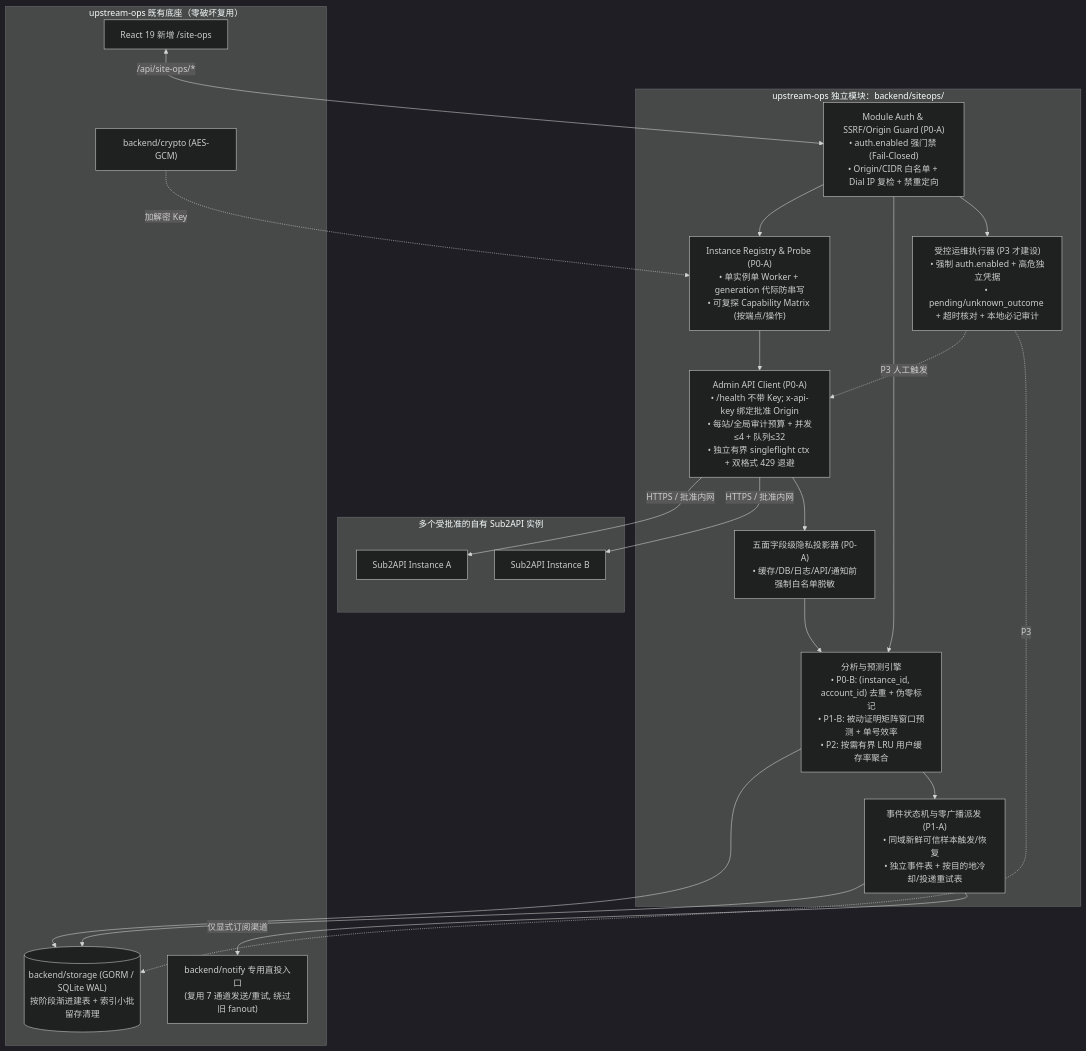
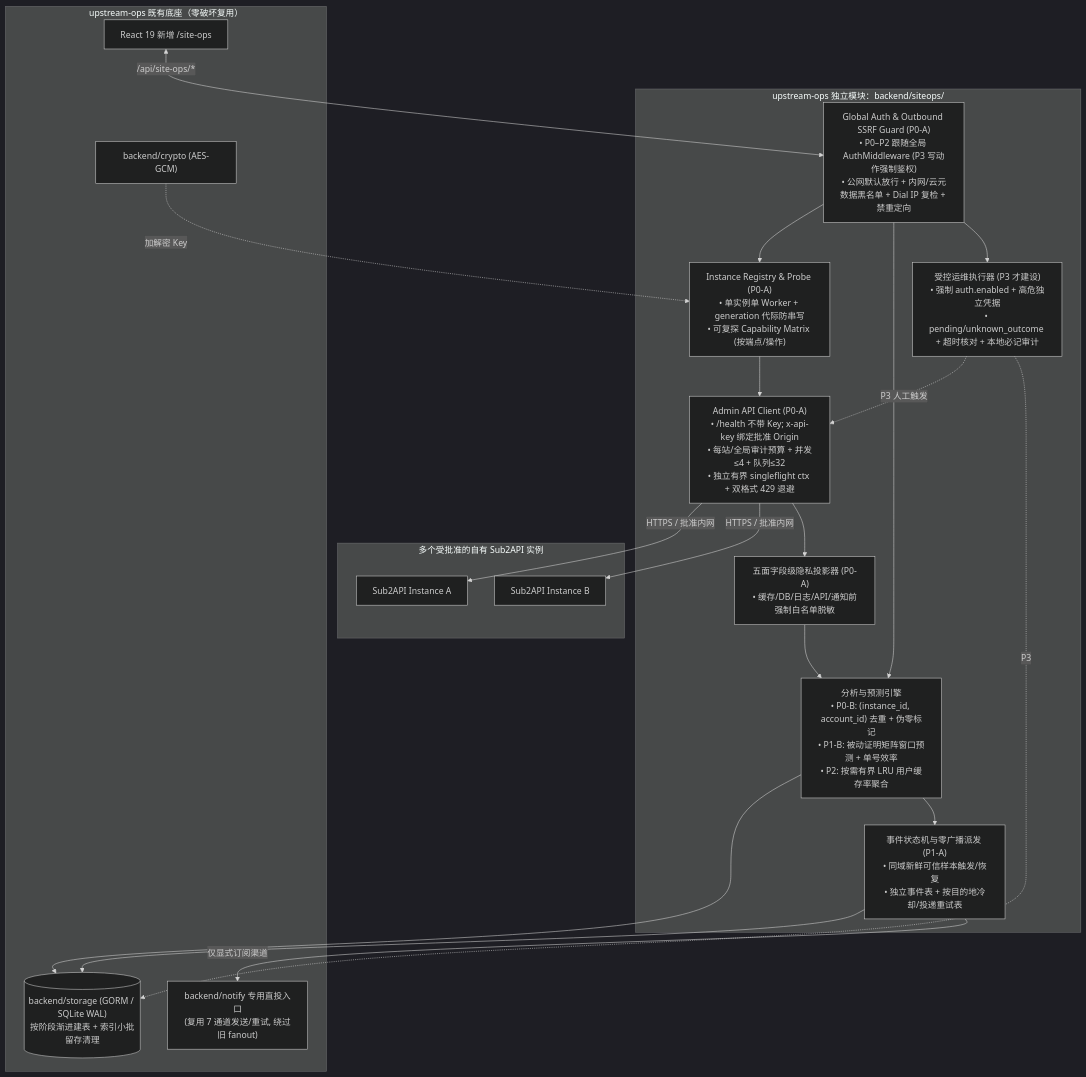
Before and after one commit to weandy/upstream-ops: the diagram in docs/plans/2026-11-24-sub2api-siteops-design.md, drawn with Mermaid (dark theme). The commit also changed other lines of this file and 14 other files, not shown here.

````diff
--- a/docs/plans/2026-11-24-sub2api-siteops-design.md
+++ b/docs/plans/2026-11-24-sub2api-siteops-design.md
@@ -71,34 +71,34 @@
 ```mermaid
 flowchart TB
     subgraph TargetSites["多个受批准的自有 Sub2API 实例"]
         S1["Sub2API Instance A"]
         S2["Sub2API Instance B"]
     end
 
     subgraph SiteOpsBackend["upstream-ops 独立模块：backend/siteops/"]
-        AuthGate["Module Auth & SSRF/Origin Guard (P0-A)<br/>• auth.enabled 强门禁 (Fail-Closed)<br/>• Origin/CIDR 白名单 + Dial IP 复检 + 禁重定向"]
+        AuthGate["Global Auth & Outbound SSRF Guard (P0-A)<br/>• P0–P2 跟随全局 AuthMiddleware (P3 写动作强制鉴权)<br/>• 公网默认放行 + 内网/云元数据黑名单 + Dial IP 复检 + 禁重定向"]
         InstMgr["Instance Registry & Probe (P0-A)<br/>• 单实例单 Worker + generation 代际防串写<br/>• 可复探 Capability Matrix (按端点/操作)"]
         Client["Admin API Client (P0-A)<br/>• /health 不带 Key; x-api-key 绑定批准 Origin<br/>• 每站/全局审计预算 + 并发≤4 + 队列≤32<br/>• 独立有界 singleflight ctx + 双格式 429 退避"]
         Sanitizer["五面字段级隐私投影器 (P0-A)<br/>• 缓存/DB/日志/API/通知前强制白名单脱敏"]
         Analyzer["分析与预测引擎<br/>• P0-B: (instance_id, account_id) 去重 + 伪零标记<br/>• P1-B: 被动证明矩阵窗口预测 + 单号效率<br/>• P2: 按需有界 LRU 用户缓存率聚合"]
         AlertEng["事件状态机与零广播派发 (P1-A)<br/>• 同域新鲜可信样本触发/恢复<br/>• 独立事件表 + 按目的地冷却/投递重试表"]
         ActionFW["受控运维执行器 (P3 才建设)<br/>• 强制 auth.enabled + 高危独立凭据<br/>• pending/unknown_outcome + 超时核对 + 本地必记审计"]
     end
 
     subgraph CoreInfra["upstream-ops 既有底座（零破坏复用）"]
         Crypto["backend/crypto (AES-GCM)"]
         DB[("backend/storage (GORM / SQLite WAL)<br/>按阶段渐进建表 + 索引小批留存清理")]
         Notify["backend/notify 专用直投入口<br/>(复用 7 通道发送/重试, 绕过旧 fanout)"]
         WebUI["React 19 新增 /site-ops"]
     end
 
     WebUI <-->|/api/site-ops/*| AuthGate
     AuthGate --> InstMgr & Analyzer & ActionFW
     InstMgr --> Client -->|HTTPS / 批准内网| S1 & S2
     Client --> Sanitizer --> Analyzer --> DB
     Analyzer --> AlertEng --> DB
     AlertEng -->|仅显式订阅渠道| Notify
     ActionFW -.P3 人工触发.-> Client
     ActionFW -.P3.-> DB
     Crypto -.加解密 Key.-> InstMgr
 ```
````
